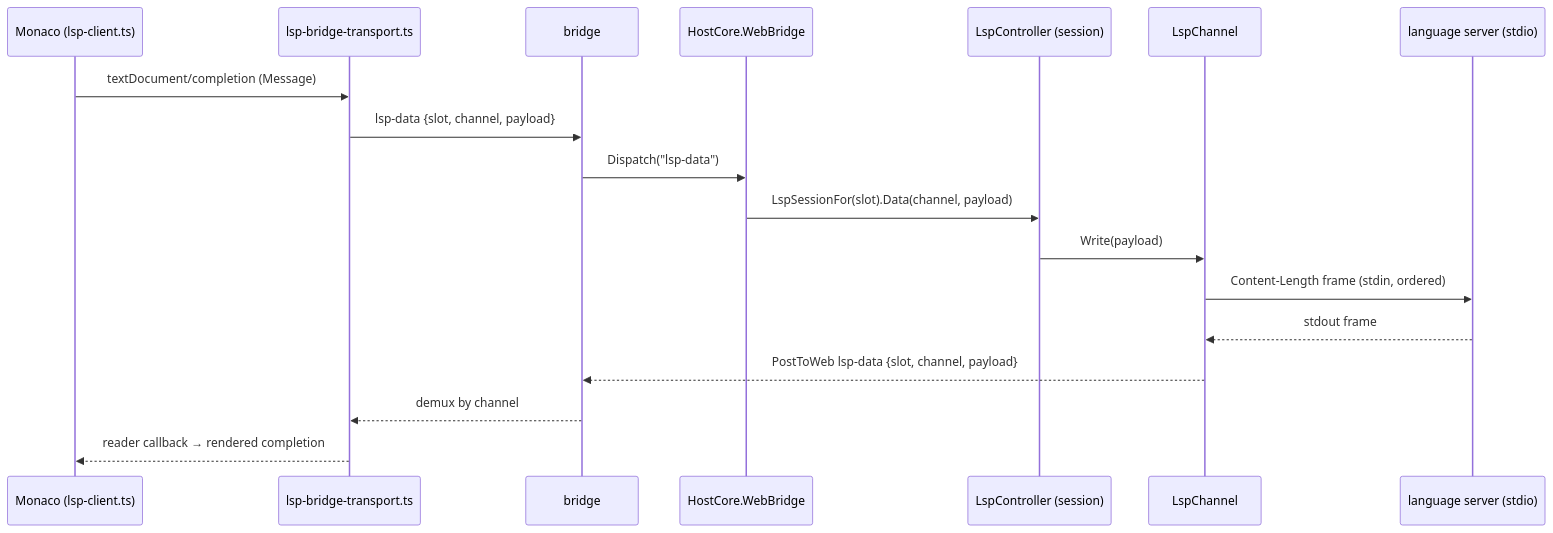
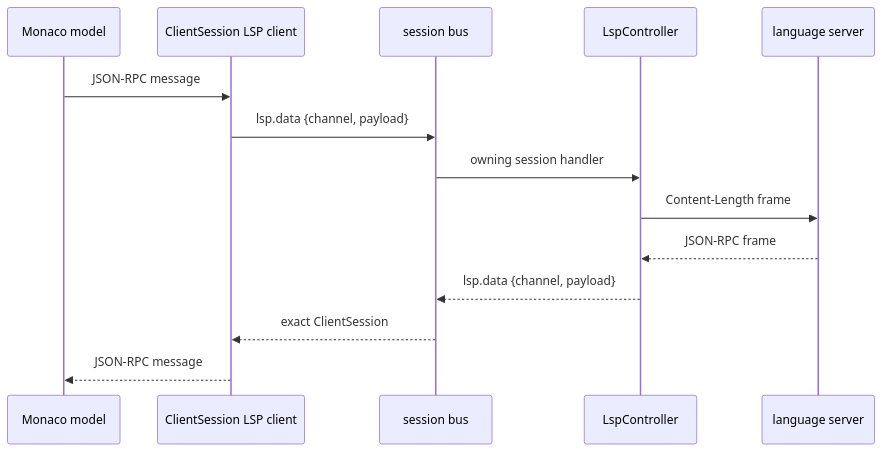
One commit to Kapps/weavie changed the diagram in docs/specs/lsp-over-bridge.md. Above: the diagram before and after it, drawn with Mermaid. The commit also changed other lines of this file and 302 other files, not shown here.

Commit message:
Replace ambient routing with session-owned message buses

````diff
--- a/docs/specs/lsp-over-bridge.md
+++ b/docs/specs/lsp-over-bridge.md
@@ -34,21 +22,17 @@
 ```mermaid
 sequenceDiagram
-    participant M as Monaco (lsp-client.ts)
-    participant T as lsp-bridge-transport.ts
-    participant B as bridge
-    participant HC as HostCore.WebBridge
-    participant LC as LspController (session)
-    participant CH as LspChannel
-    participant LS as language server (stdio)
+    participant M as Monaco model
+    participant C as ClientSession LSP client
+    participant B as session bus
+    participant L as LspController
+    participant S as language server
 
-    M->>T: textDocument/completion (Message)
-    T->>B: lsp-data {slot, channel, payload}
-    B->>HC: Dispatch("lsp-data")
-    HC->>LC: LspSessionFor(slot).Data(channel, payload)
-    LC->>CH: Write(payload)
-    CH->>LS: Content-Length frame (stdin, ordered)
-    LS-->>CH: stdout frame
-    CH-->>B: PostToWeb lsp-data {slot, channel, payload}
-    B-->>T: demux by channel
-    T-->>M: reader callback → rendered completion
+    M->>C: JSON-RPC message
+    C->>B: lsp.data {channel, payload}
+    B->>L: owning session handler
+    L->>S: Content-Length frame
+    S-->>L: JSON-RPC frame
+    L-->>B: lsp.data {channel, payload}
+    B-->>C: exact ClientSession
+    C-->>M: JSON-RPC message
 ```
````
